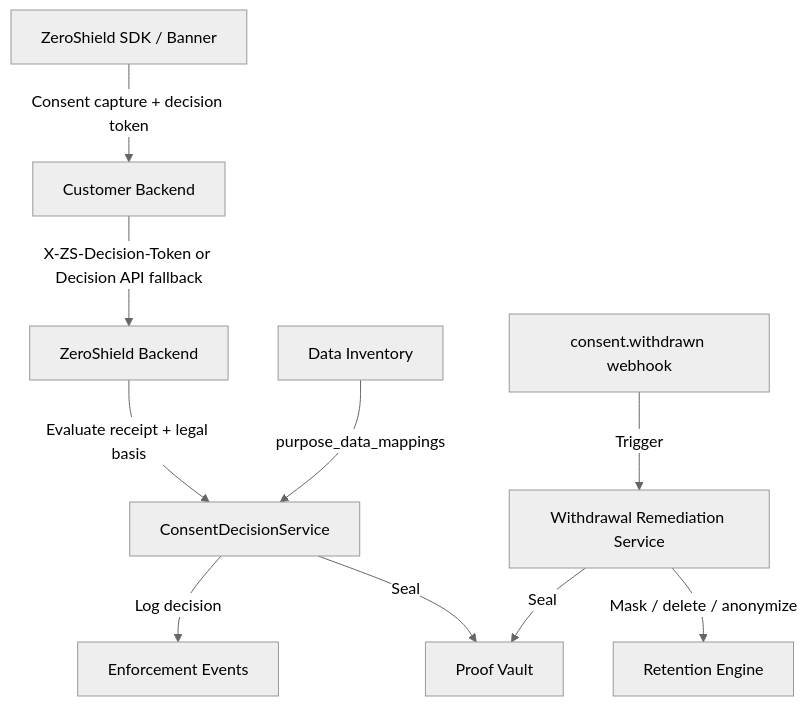
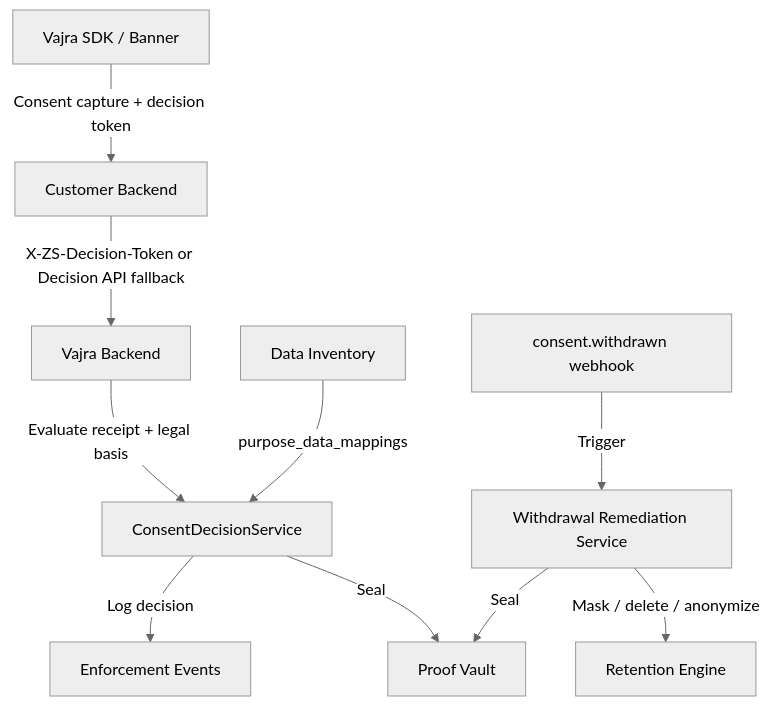
Before and after one commit to shreyv7/hack: the first of 4 diagrams in backend/platform_docs/Consent Management/consent_enforcement.md, drawn with Mermaid (neutral theme). The commit also changed other lines of this file and 345 other files, not shown here.

Commit message:
feat(backend): implement HealthShield healthcare backend, emergency break-glass, and Gemma gateway

````diff
--- a/backend/platform_docs/Consent Management/consent_enforcement.md
+++ b/backend/platform_docs/Consent Management/consent_enforcement.md
@@ -24,12 +24,12 @@
 ```mermaid
 graph TD
-    SDK[ZeroShield SDK / Banner] -->|Consent capture + decision token| Client[Customer Backend]
-    Client -->|X-ZS-Decision-Token or Decision API fallback| ZS[ZeroShield Backend]
+    SDK[Vajra SDK / Banner] -->|Consent capture + decision token| Client[Customer Backend]
+    Client -->|X-ZS-Decision-Token or Decision API fallback| ZS[Vajra Backend]
     ZS -->|Evaluate receipt + legal basis| Decision[ConsentDecisionService]
     Decision -->|Log decision| Events[Enforcement Events]
     Decision -->|Seal| PV[Proof Vault]
   Withdrawal[consent.withdrawn webhook] -->|Trigger| Remediation[Withdrawal Remediation Service]
     Remediation -->|Mask / delete / anonymize| Retention[Retention Engine]
     Remediation -->|Seal| PV
     DI[Data Inventory] -->|purpose_data_mappings| Decision
 ```
````
